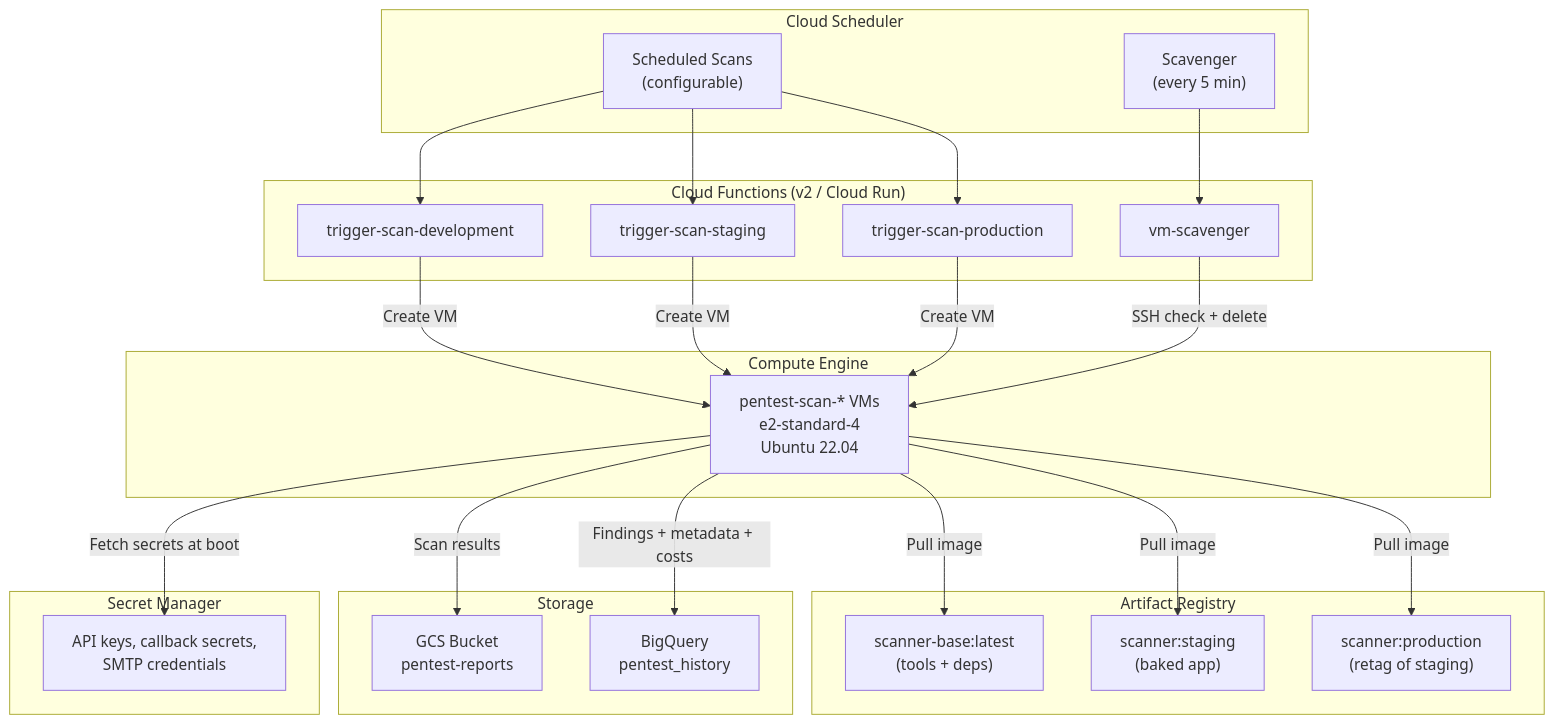
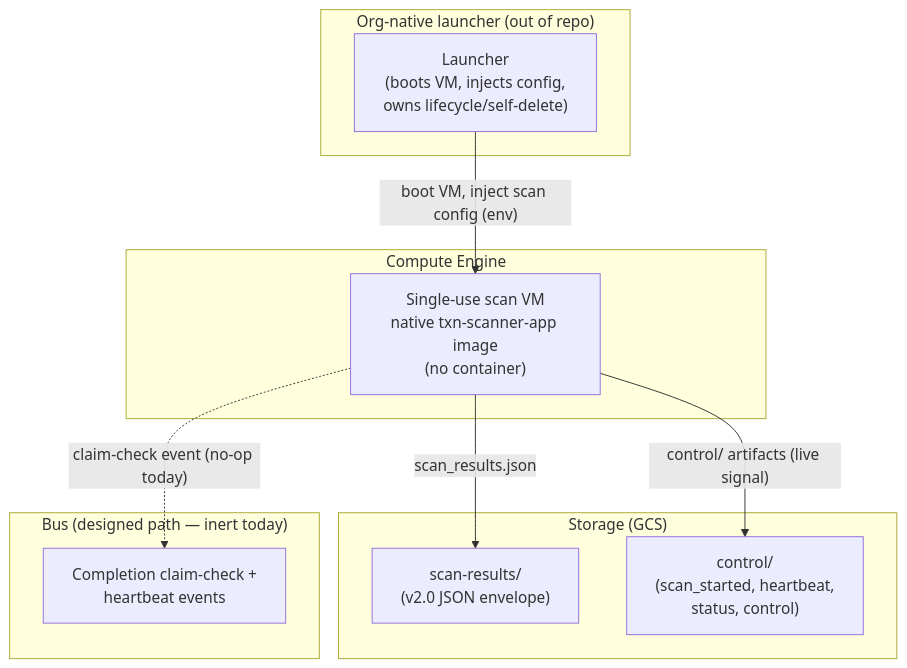
Before and after one commit to Peregrine-Technology-Systems/peregrine-penetrator-scanner: the first of 11 diagrams in docs/ARCHITECTURE.md, drawn with Mermaid. The commit also changed other lines of this file and 8 other files, not shown here.

First line of the commit message:
fix: dead NotificationService call crashed non-smoke scans; refresh architecture docs (#1077, #1076)

````diff
--- a/docs/ARCHITECTURE.md
+++ b/docs/ARCHITECTURE.md
@@ -30,42 +28,24 @@
 ```mermaid
 graph TB
-    subgraph "Cloud Scheduler"
-        CS1["Scavenger<br/>(every 5 min)"]
-        CS2["Scheduled Scans<br/>(configurable)"]
-    end
-
-    subgraph "Cloud Functions (v2 / Cloud Run)"
-        CF1["vm-scavenger"]
-        CF2["trigger-scan-development"]
-        CF3["trigger-scan-staging"]
-        CF4["trigger-scan-production"]
+    subgraph "Org-native launcher (out of repo)"
+        LNCH["Launcher<br/>(boots VM, injects config,<br/>owns lifecycle/self-delete)"]
     end
 
     subgraph "Compute Engine"
-        VM1["pentest-scan-* VMs<br/>e2-standard-4<br/>Ubuntu 22.04"]
+        VM1["Single-use scan VM<br/>native txn-scanner-app image<br/>(no container)"]
     end
 
-    subgraph "Artifact Registry"
-        AR1["scanner-base:latest<br/>(tools + deps)"]
-        AR2["scanner:staging<br/>(baked app)"]
-        AR3["scanner:production<br/>(retag of staging)"]
+    subgraph "Storage (GCS)"
+        GCS1["scan-results/<br/>(v2.0 JSON envelope)"]
+        GCS2["control/<br/>(scan_started, heartbeat,<br/>status, control)"]
     end
 
-    subgraph "Storage"
-        GCS["GCS Bucket<br/>pentest-reports"]
-        BQ["BigQuery<br/>pentest_history"]
+    subgraph "Bus (designed path — inert today)"
+        BUS["Completion claim-check +<br/>heartbeat events"]
     end
 
-    subgraph "Secret Manager"
-        SM["API keys, callback secrets,<br/>SMTP credentials"]
-    end
-
-    CS1 --> CF1
-    CS2 --> CF2 & CF3 & CF4
-    CF2 & CF3 & CF4 -->|"Create VM"| VM1
-    CF1 -->|"SSH check + delete"| VM1
-    VM1 -->|"Pull image"| AR1 & AR2 & AR3
-    VM1 -->|"Scan results"| GCS
-    VM1 -->|"Findings + metadata + costs"| BQ
-    VM1 -->|"Fetch secrets at boot"| SM
+    LNCH -->|"boot VM, inject scan config (env)"| VM1
+    VM1 -->|"scan_results.json"| GCS1
+    VM1 -->|"control/ artifacts (live signal)"| GCS2
+    VM1 -.->|"claim-check event (no-op today)"| BUS
 ```
````
